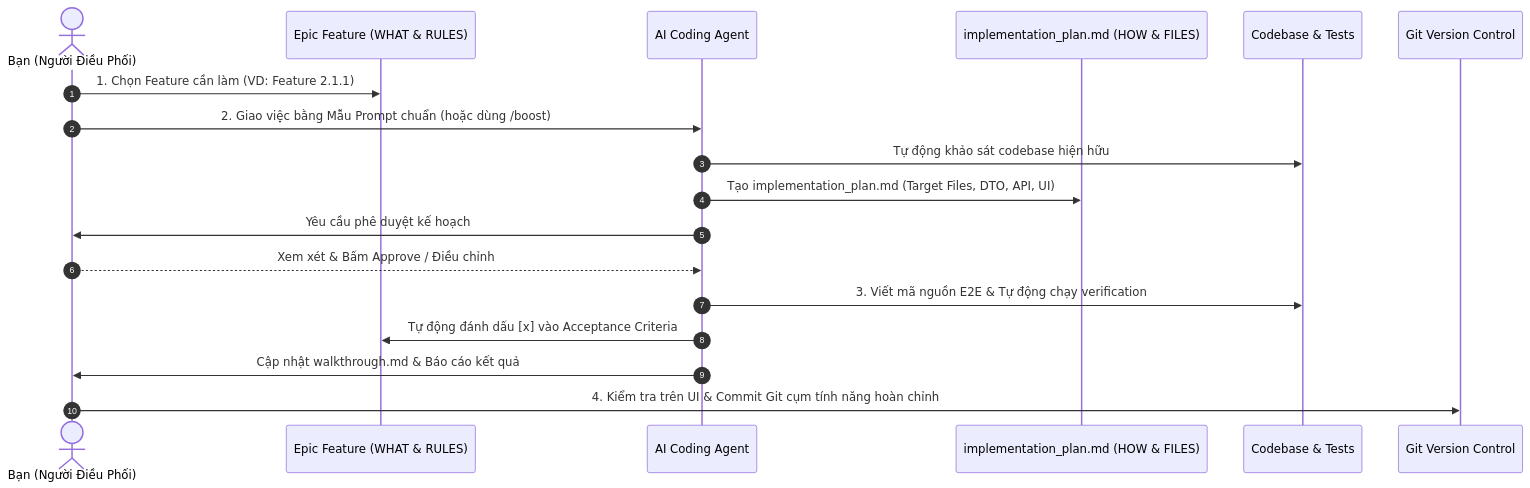
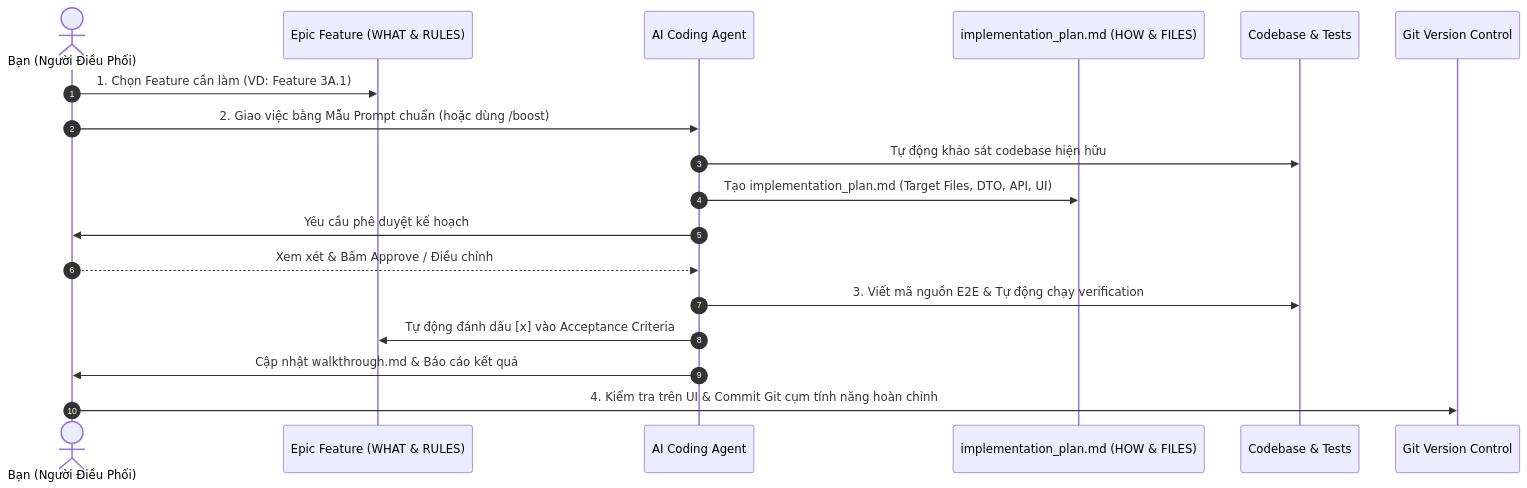
Before and after one commit to Mkhai205/sales-copilot: the second of 2 diagrams in docs/backlog/README.md, drawn with Mermaid. The commit also changed other lines of this file and 211 other files, not shown here.

````diff
--- a/docs/backlog/README.md
+++ b/docs/backlog/README.md
@@ -74,21 +89,21 @@
 ```mermaid
 sequenceDiagram
     autonumber
     actor User as Bạn (Người Điều Phối)
     participant Backlog as Epic Feature (WHAT & RULES)
     participant Agent as AI Coding Agent
     participant Plan as implementation_plan.md (HOW & FILES)
     participant Code as Codebase & Tests
     participant Git as Git Version Control
 
-    User->>Backlog: 1. Chọn Feature cần làm (VD: Feature 2.1.1)
+    User->>Backlog: 1. Chọn Feature cần làm (VD: Feature 3A.1)
     User->>Agent: 2. Giao việc bằng Mẫu Prompt chuẩn (hoặc dùng /boost)
     Agent->>Code: Tự động khảo sát codebase hiện hữu
     Agent->>Plan: Tạo implementation_plan.md (Target Files, DTO, API, UI)
     Agent->>User: Yêu cầu phê duyệt kế hoạch
     User-->>Agent: Xem xét & Bấm Approve / Điều chỉnh
     Agent->>Code: 3. Viết mã nguồn E2E & Tự động chạy verification
     Agent->>Backlog: Tự động đánh dấu [x] vào Acceptance Criteria
     Agent->>User: Cập nhật walkthrough.md & Báo cáo kết quả
     User->>Git: 4. Kiểm tra trên UI & Commit Git cụm tính năng hoàn chỉnh
 ```
````
